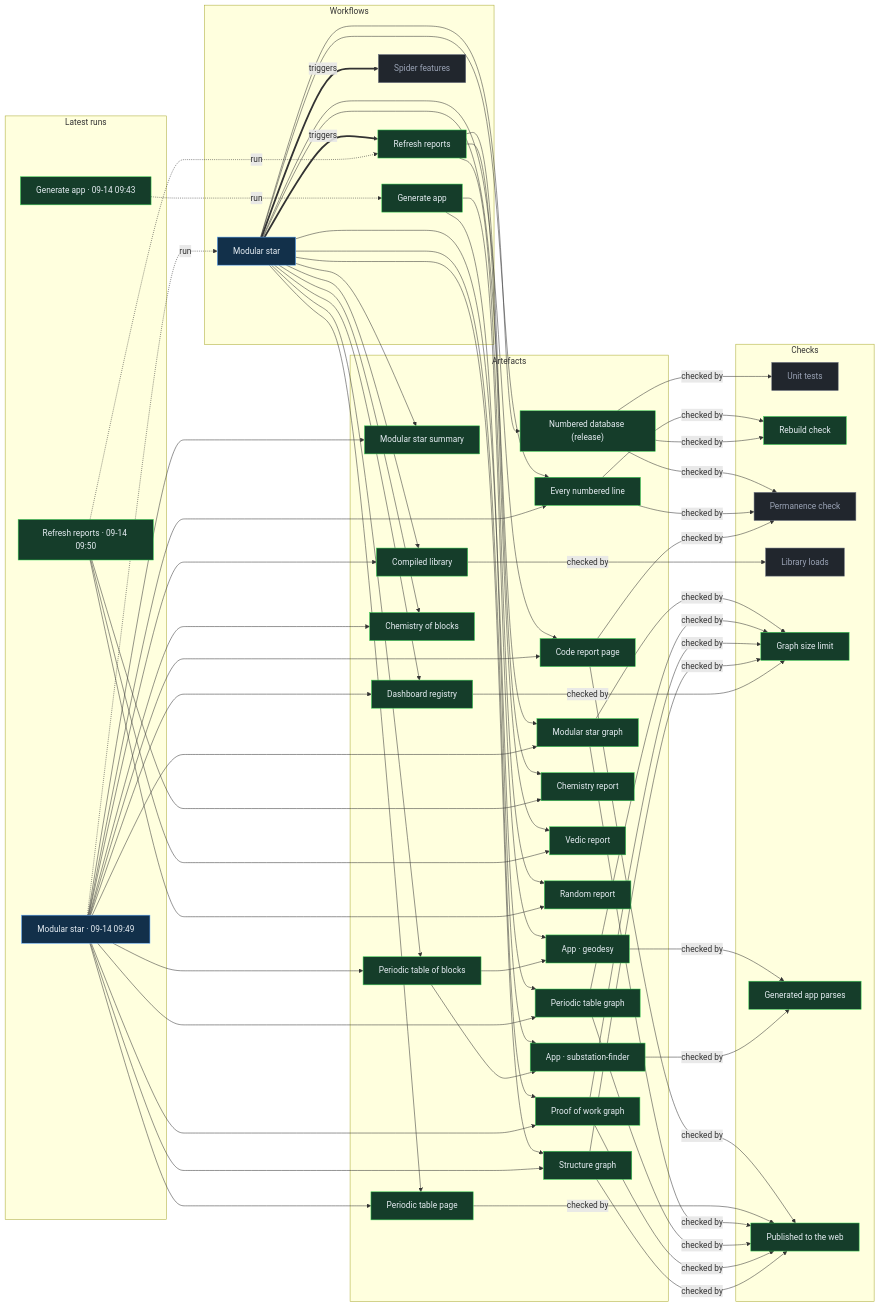
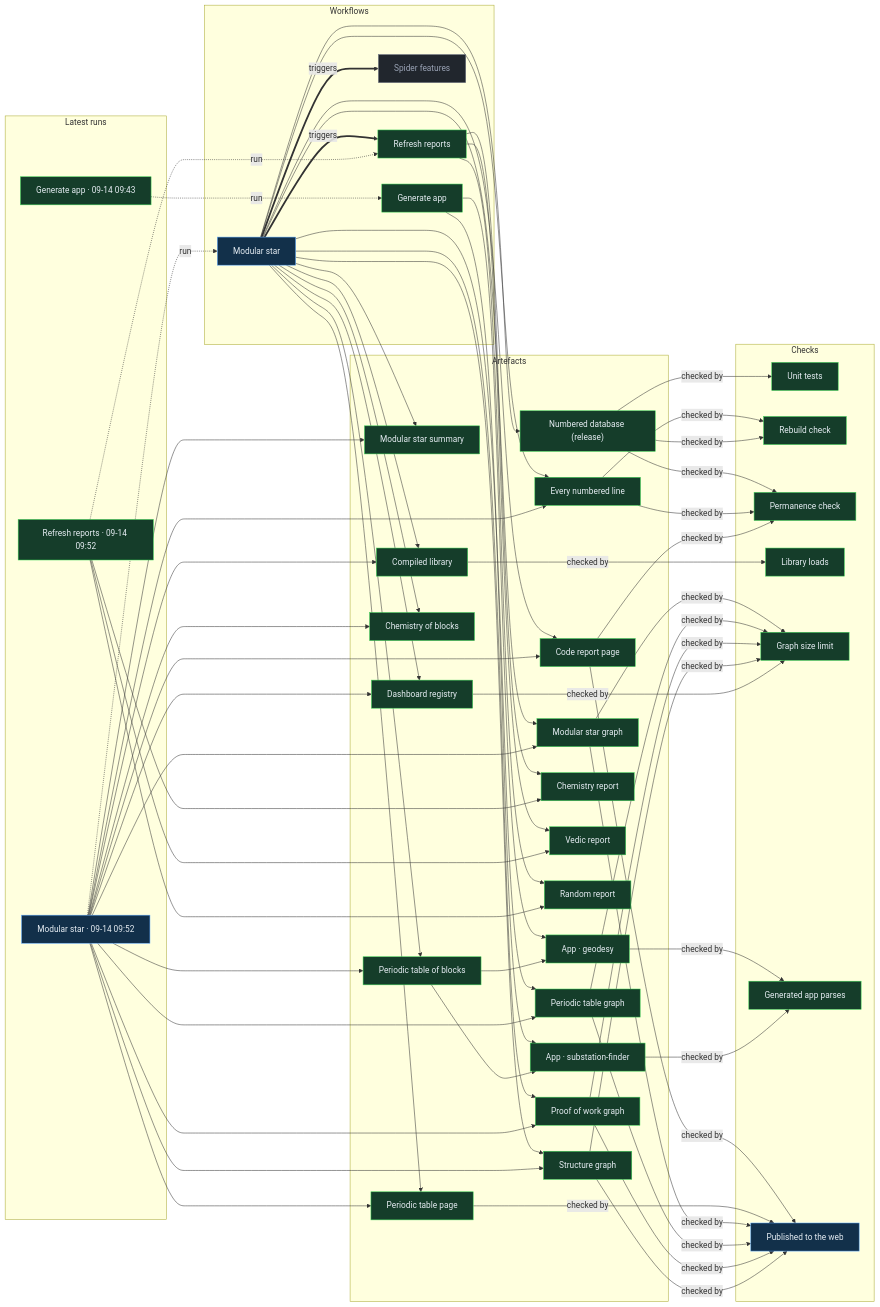
Before and after one commit to Ventusltd/stars: the diagram in proof/PROOF.md, drawn with Mermaid. The commit also changed other lines of this file and 17 other files, not shown here.

Commit message:
Modular star 2026-09-14T09:54Z

```diff
--- a/proof/PROOF.md
+++ b/proof/PROOF.md
@@ -24,8 +24,8 @@
   n_wf_spider_features["Spider features"]:::off
   end
   subgraph g_runs["Latest runs"]
-  n_run_34830016340["Modular star · 09-14 09:49"]:::live
-  n_run_34830067116["Refresh reports · 09-14 09:50"]:::ok
+  n_run_34830258504["Modular star · 09-14 09:52"]:::live
+  n_run_34830206791["Refresh reports · 09-14 09:52"]:::ok
   n_run_34829448635["Generate app · 09-14 09:43"]:::ok
   end
   subgraph g_artefacts["Artefacts"]
@@ -49,49 +49,49 @@
   n_app_substation_finder["App · substation-finder"]:::ok
   end
   subgraph g_checks["Checks"]
-  n_chk_tests["Unit tests"]:::off
+  n_chk_tests["Unit tests"]:::ok
   n_chk_rebuild["Rebuild check"]:::ok
-  n_chk_permanence["Permanence check"]:::off
-  n_chk_library["Library loads"]:::off
+  n_chk_permanence["Permanence check"]:::ok
+  n_chk_library["Library loads"]:::ok
   n_chk_size["Graph size limit"]:::ok
   n_chk_parses["Generated app parses"]:::ok
-  n_chk_pages["Published to the web"]:::ok
+  n_chk_pages["Published to the web"]:::live
   end
   n_wf_modular_star == triggers ==> n_wf_refresh
   n_wf_modular_star == triggers ==> n_wf_spider_features
-  n_run_34830016340 -. run .-> n_wf_modular_star
-  n_run_34830067116 -. run .-> n_wf_refresh
+  n_run_34830258504 -. run .-> n_wf_modular_star
+  n_run_34830206791 -. run .-> n_wf_refresh
   n_run_34829448635 -. run .-> n_wf_generate
   n_wf_modular_star --> n_art_summary
-  n_run_34830016340 --> n_art_summary
+  n_run_34830258504 --> n_art_summary
   n_wf_modular_star --> n_art_lines
-  n_run_34830016340 --> n_art_lines
+  n_run_34830258504 --> n_art_lines
   n_wf_modular_star --> n_art_code
-  n_run_34830016340 --> n_art_code
+  n_run_34830258504 --> n_art_code
   n_wf_modular_star --> n_art_modular_graph
-  n_run_34830016340 --> n_art_modular_graph
+  n_run_34830258504 --> n_art_modular_graph
   n_wf_modular_star --> n_art_blocks
-  n_run_34830016340 --> n_art_blocks
+  n_run_34830258504 --> n_art_blocks
   n_wf_modular_star --> n_art_table
-  n_run_34830016340 --> n_art_table
+  n_run_34830258504 --> n_art_table
   n_wf_modular_star --> n_art_blocks_graph
-  n_run_34830016340 --> n_art_blocks_graph
+  n_run_34830258504 --> n_art_blocks_graph
   n_wf_modular_star --> n_art_reactions
-  n_run_34830016340 --> n_art_reactions
+  n_run_34830258504 --> n_art_reactions
   n_wf_modular_star --> n_art_library
-  n_run_34830016340 --> n_art_library
+  n_run_34830258504 --> n_art_library
   n_wf_modular_star --> n_art_features
-  n_run_34830016340 --> n_art_features
+  n_run_34830258504 --> n_art_features
   n_wf_modular_star --> n_art_proof
-  n_run_34830016340 --> n_art_proof
+  n_run_34830258504 --> n_art_proof
   n_wf_modular_star --> n_art_structure
-  n_run_34830016340 --> n_art_structure
+  n_run_34830258504 --> n_art_structure
   n_wf_refresh --> n_art_chemistry
-  n_run_34830067116 --> n_art_chemistry
+  n_run_34830206791 --> n_art_chemistry
   n_wf_refresh --> n_art_vedic
-  n_run_34830067116 --> n_art_vedic
+  n_run_34830206791 --> n_art_vedic
   n_wf_refresh --> n_art_random
-  n_run_34830067116 --> n_art_random
+  n_run_34830206791 --> n_art_random
   n_wf_modular_star --> n_art_release
   n_wf_generate --> n_app_geodesy
   n_art_blocks --> n_app_geodesy
```
